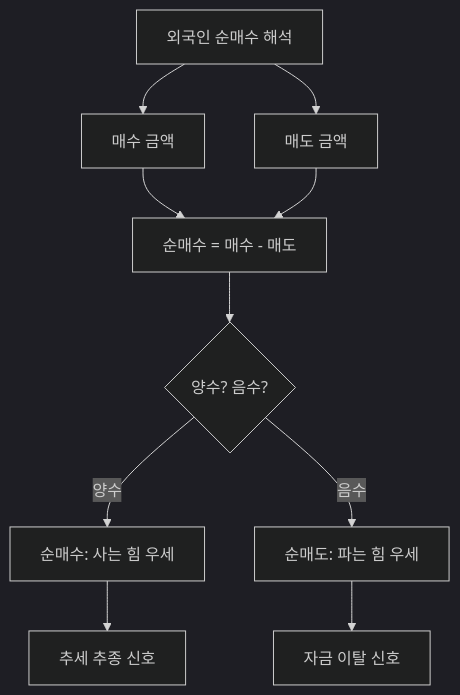
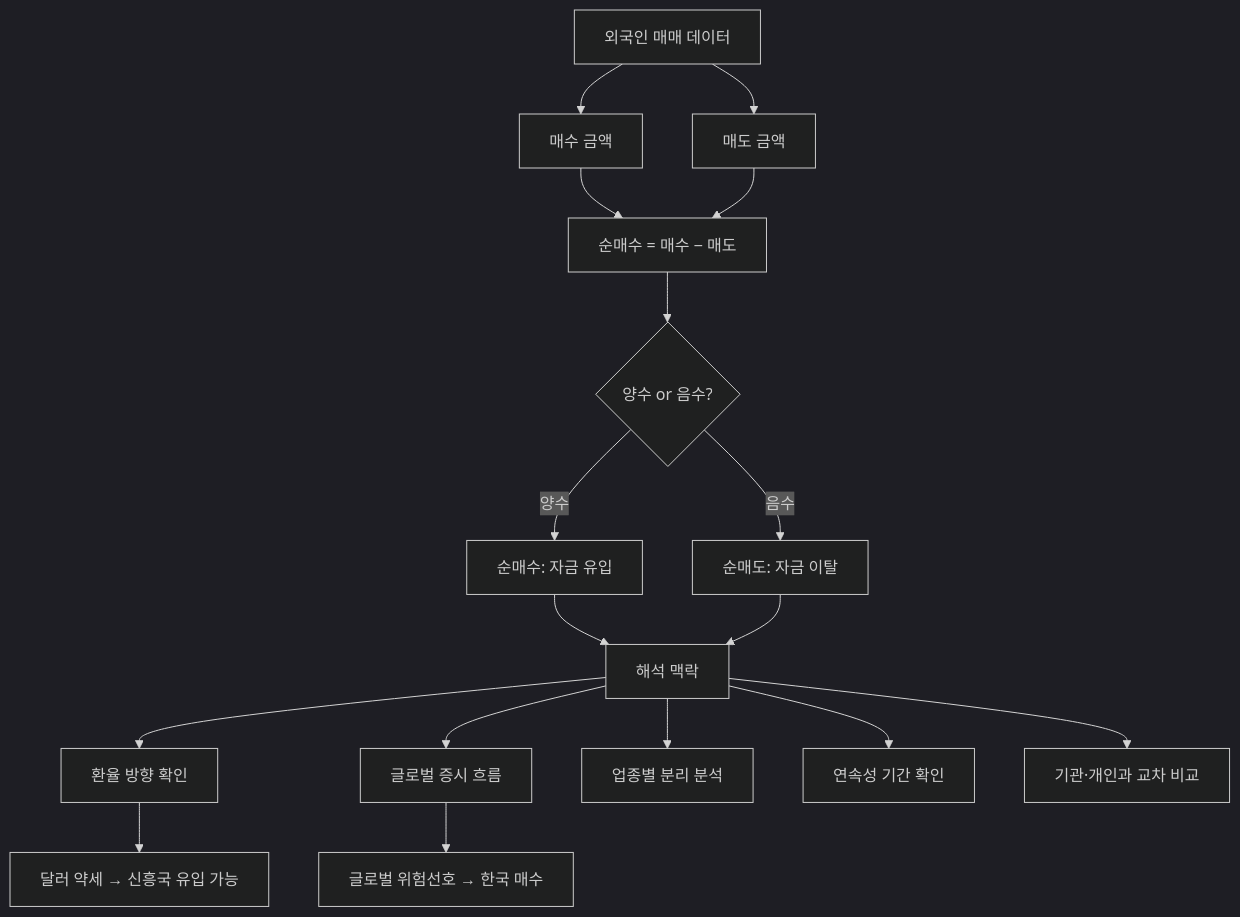
The diagram in content/stock-terms/ko/level-02-market-trading/foreign-net-buying.md (yeongseon/stock-visual-note), drawn with Mermaid (dark theme) before and after one commit. The commit also changed other lines of this file, not shown here.

Commit message:
content: rewrite foreign-net-buying.md — add monthly flow scenario, sector breakdown, FX correlation, program trading distinction

````diff
--- a/content/stock-terms/ko/level-02-market-trading/foreign-net-buying.md
+++ b/content/stock-terms/ko/level-02-market-trading/foreign-net-buying.md
@@ -53,13 +52,23 @@
 ```mermaid
 graph TD
-    A["외국인 순매수 해석"]
-    A --> B["매수 금액"]
+    A["외국인 매매 데이터"] --> B["매수 금액"]
     A --> C["매도 금액"]
-    B --> D["순매수 = 매수 - 매도"]
+    B --> D["순매수 = 매수 − 매도"]
     C --> D
-    D --> E{"양수? 음수?"}
-    E -->|양수| F["순매수: 사는 힘 우세"]
-    E -->|음수| G["순매도: 파는 힘 우세"]
-    F --> H["추세 추종 신호"]
-    G --> I["자금 이탈 신호"]
+
+    D --> E{"양수 or 음수?"}
+    E -->|양수| F["순매수: 자금 유입"]
+    E -->|음수| G["순매도: 자금 이탈"]
+
+    F --> H["해석 맥락"]
+    G --> H
+
+    H --> H1["환율 방향 확인"]
+    H --> H2["글로벌 증시 흐름"]
+    H --> H3["업종별 분리 분석"]
+    H --> H4["연속성 기간 확인"]
+    H --> H5["기관·개인과 교차 비교"]
+
+    H1 --> I["달러 약세 → 신흥국 유입 가능"]
+    H2 --> J["글로벌 위험선호 → 한국 매수"]
 ```
````
